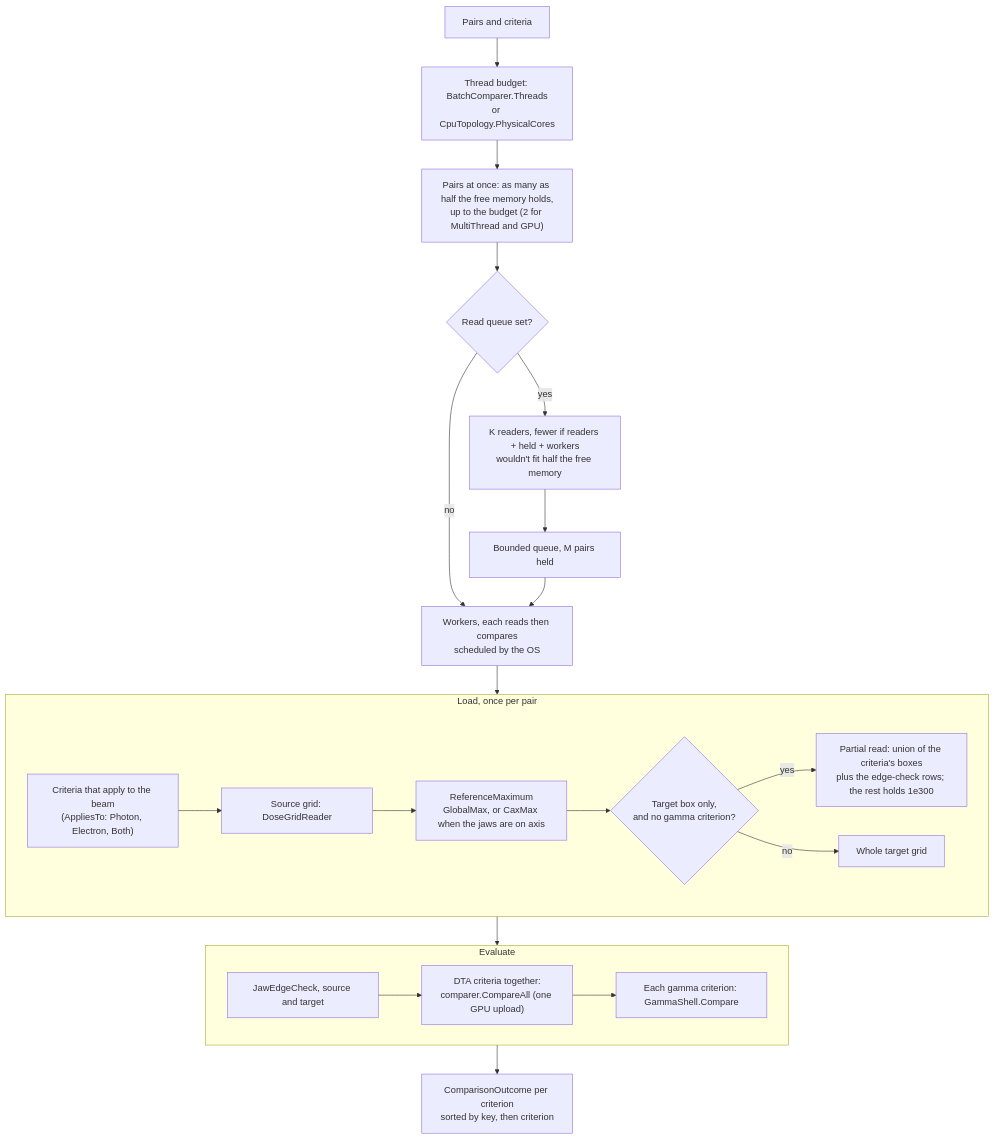
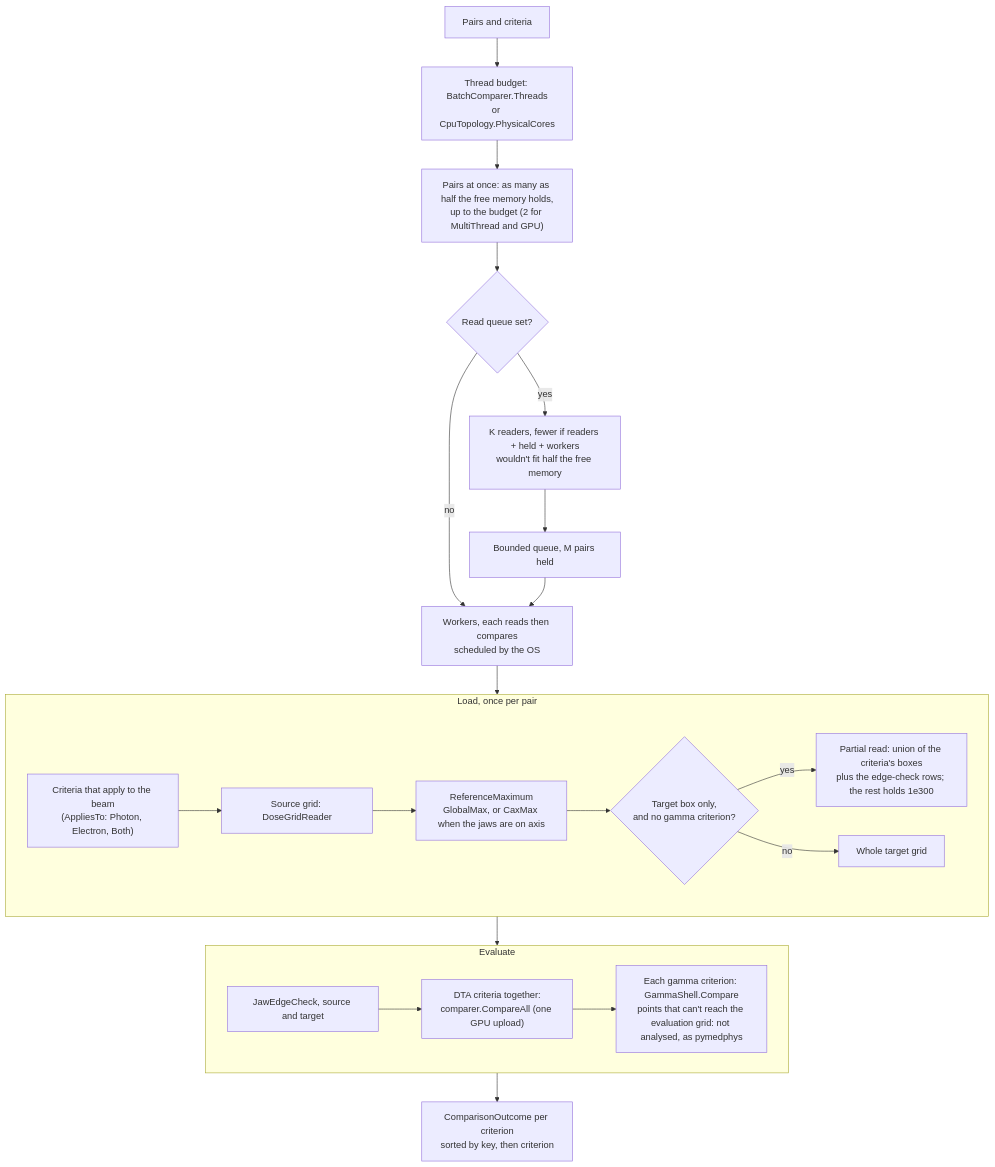
The second of 4 diagrams in design/data-flow.md (crcrewso/DicomStrictCompare), drawn with Mermaid before and after one commit. The commit also changed 4 other files, not shown here.

First line of the commit message:
Gamma: a point the search can't reach is not analysed, as in pymedphys

````diff
--- a/design/data-flow.md
+++ b/design/data-flow.md
@@ -30,22 +30,22 @@
 ```mermaid
 flowchart TD
     pairs["Pairs and criteria"] --> budget["Thread budget: BatchComparer.Threads<br/>or CpuTopology.PhysicalCores"]
     budget --> atonce["Pairs at once: as many as half the free memory holds,<br/>up to the budget (2 for MultiThread and GPU)"]
     atonce --> mode{"Read queue set?"}
     mode -- no --> workers["Workers, each reads then compares<br/>scheduled by the OS"]
     mode -- yes --> readers["K readers, fewer if readers + held + workers<br/>wouldn't fit half the free memory"] --> channel["Bounded queue, M pairs held"] --> workers
     workers --> load
     subgraph load["Load, once per pair"]
         applies["Criteria that apply to the beam<br/>(AppliesTo: Photon, Electron, Both)"] --> src["Source grid: DoseGridReader"]
         src --> max["ReferenceMaximum<br/>GlobalMax, or CaxMax when the jaws are on axis"]
         max --> tgt{"Target box only,<br/>and no gamma criterion?"}
         tgt -- yes --> part["Partial read: union of the criteria's boxes<br/>plus the edge-check rows; the rest holds 1e300"]
         tgt -- no --> whole["Whole target grid"]
     end
     load --> evaluate
     subgraph evaluate["Evaluate"]
         edges["JawEdgeCheck, source and target"] --> dta["DTA criteria together:<br/>comparer.CompareAll (one GPU upload)"]
-        dta --> gamma["Each gamma criterion: GammaShell.Compare"]
+        dta --> gamma["Each gamma criterion: GammaShell.Compare<br/>points that can't reach the evaluation grid: not analysed, as pymedphys"]
     end
     evaluate --> outcomes["ComparisonOutcome per criterion<br/>sorted by key, then criterion"]
 ```
````
